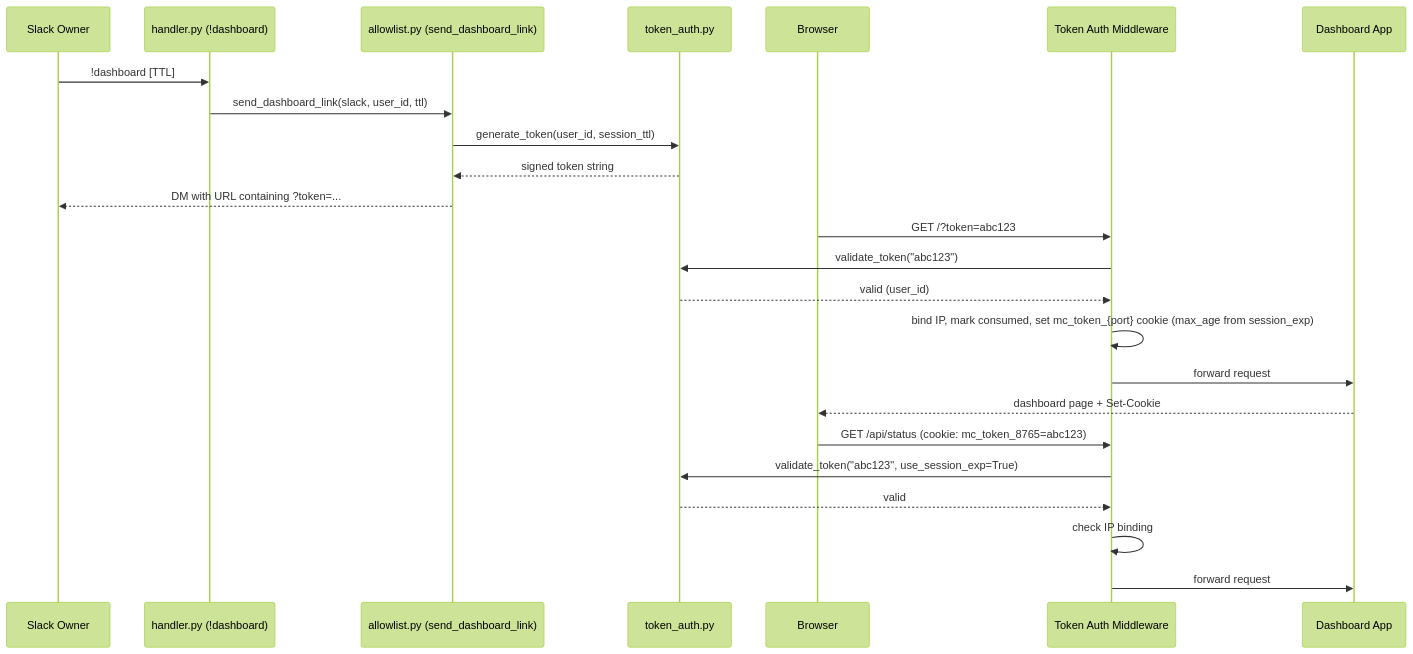
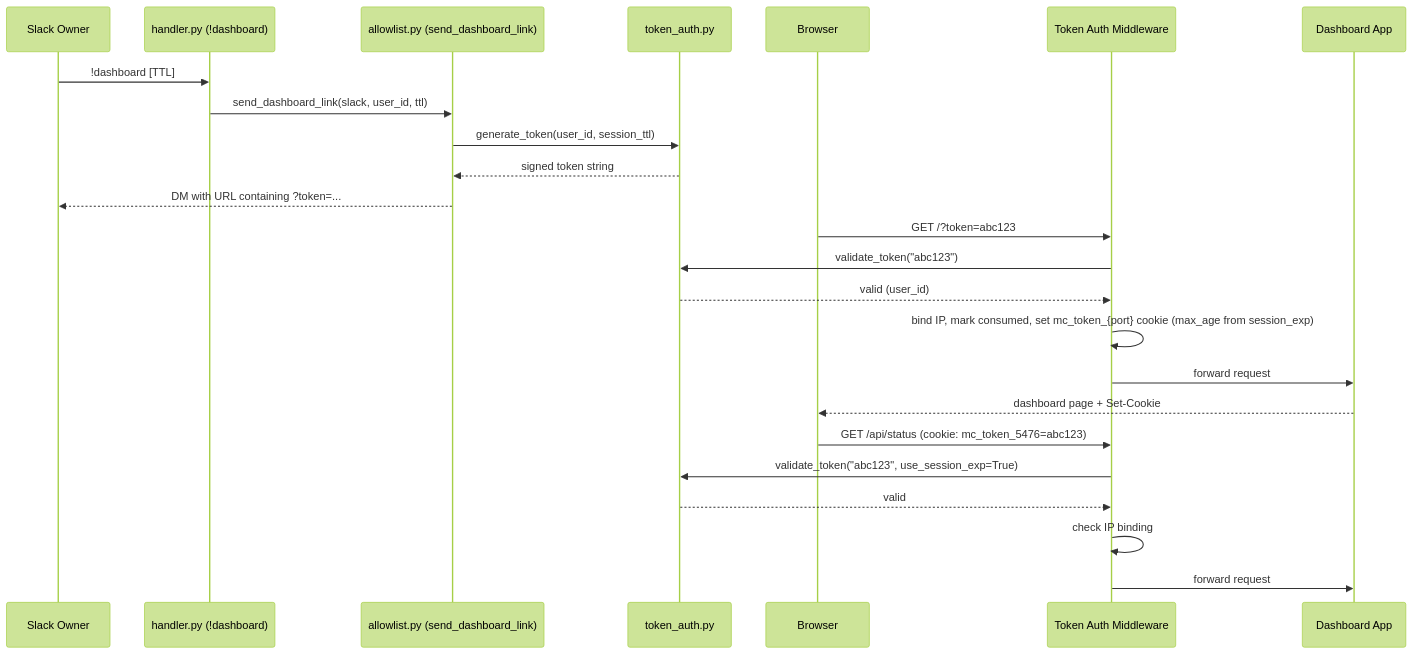
Before and after one commit to Arin016/KiroCrew: the first of 2 diagrams in docs/system-specs/features/dashboard-token-auth.md, drawn with Mermaid (forest theme). The commit also changed other lines of this file and 73 other files, not shown here.

````diff
--- a/docs/system-specs/features/dashboard-token-auth.md
+++ b/docs/system-specs/features/dashboard-token-auth.md
@@ -13,29 +13,29 @@
 ```mermaid
 sequenceDiagram
     participant Owner as Slack Owner
     participant Handler as handler.py (!dashboard)
     participant Allowlist as allowlist.py (send_dashboard_link)
     participant TokenGen as token_auth.py
     participant Browser as Browser
     participant MW as Token Auth Middleware
     participant App as Dashboard App
 
     Owner->>Handler: !dashboard [TTL]
     Handler->>Allowlist: send_dashboard_link(slack, user_id, ttl)
     Allowlist->>TokenGen: generate_token(user_id, session_ttl)
     TokenGen-->>Allowlist: signed token string
     Allowlist-->>Owner: DM with URL containing ?token=...
 
     Browser->>MW: GET /?token=abc123
     MW->>TokenGen: validate_token("abc123")
     TokenGen-->>MW: valid (user_id)
     MW->>MW: bind IP, mark consumed, set mc_token_{port} cookie (max_age from session_exp)
     MW->>App: forward request
     App-->>Browser: dashboard page + Set-Cookie
 
-    Browser->>MW: GET /api/status (cookie: mc_token_8765=abc123)
+    Browser->>MW: GET /api/status (cookie: mc_token_5476=abc123)
     MW->>TokenGen: validate_token("abc123", use_session_exp=True)
     TokenGen-->>MW: valid
     MW->>MW: check IP binding
     MW->>App: forward request
 ```
````
